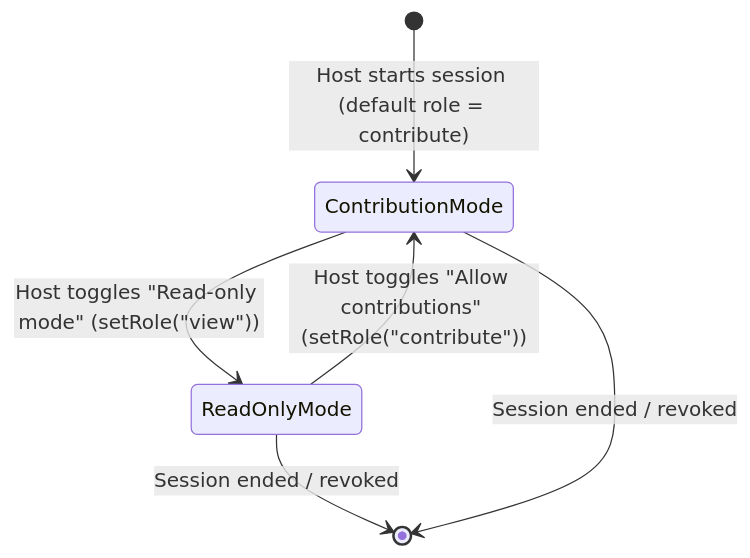
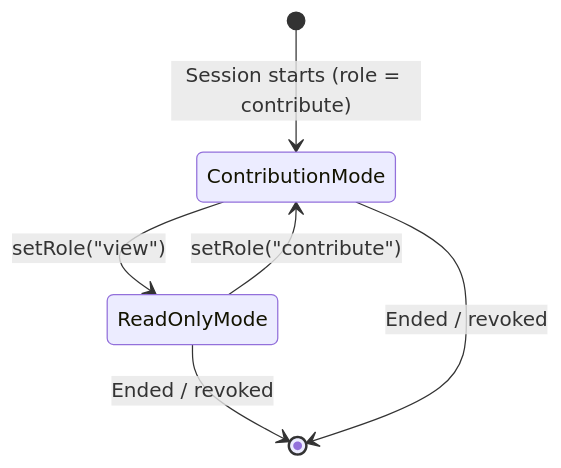
The third of 3 diagrams in specs/006-restore-shared-sessions/data-model.md (kpsolo/decisionator), drawn with Mermaid before and after one commit. The commit also changed other lines of this file and 6 other files, not shown here.

````diff
--- a/specs/006-restore-shared-sessions/data-model.md
+++ b/specs/006-restore-shared-sessions/data-model.md
@@ -209,8 +210,8 @@
 ```mermaid
 stateDiagram-v2
-    [*] --> ContributionMode: Host starts session (default role = contribute)
-    ContributionMode --> ReadOnlyMode: Host toggles "Read-only mode" (setRole("view"))
-    ReadOnlyMode --> ContributionMode: Host toggles "Allow contributions" (setRole("contribute"))
-    ReadOnlyMode --> [*]: Session ended / revoked
-    ContributionMode --> [*]: Session ended / revoked
+    [*] --> ContributionMode: Session starts (role = contribute)
+    ContributionMode --> ReadOnlyMode: setRole("view")
+    ReadOnlyMode --> ContributionMode: setRole("contribute")
+    ReadOnlyMode --> [*]: Ended / revoked
+    ContributionMode --> [*]: Ended / revoked
 ```
````
